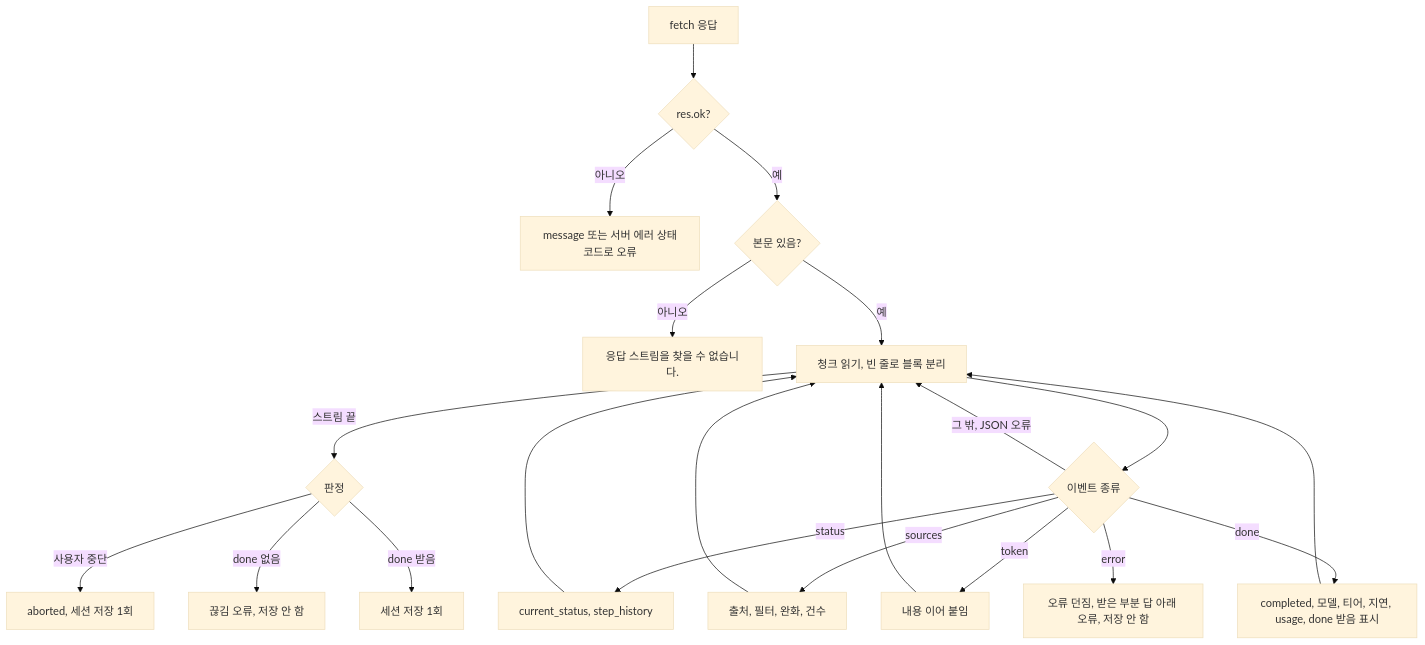
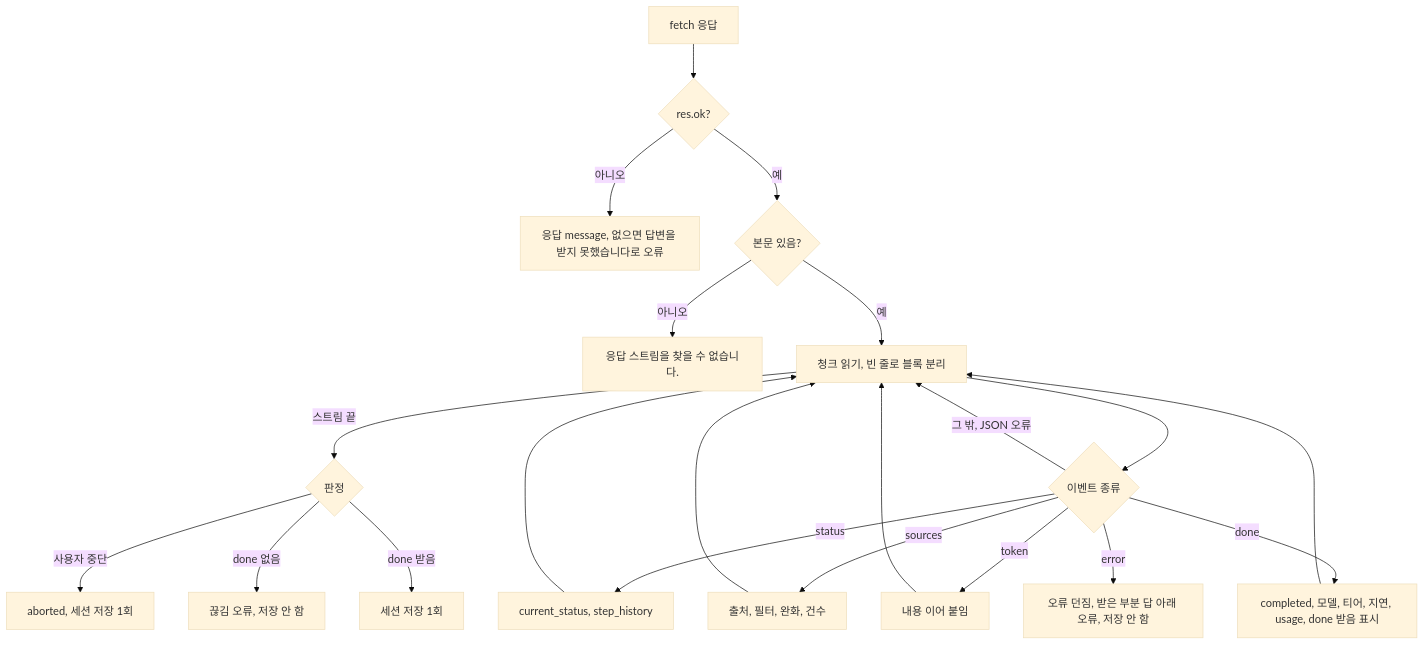
Before and after one commit to ozplayground/agent-lens: the ninth of 27 diagrams in docs/spec-writer/fsd/02_AI_CHAT_SPECIFICATION.md, drawn with Mermaid (base theme). The commit also changed other lines of this file and 216 other files, not shown here.

````diff
--- a/docs/spec-writer/fsd/02_AI_CHAT_SPECIFICATION.md
+++ b/docs/spec-writer/fsd/02_AI_CHAT_SPECIFICATION.md
@@ -725,23 +745,23 @@
 ```mermaid
 flowchart TD
     A["fetch 응답"] --> B{"res.ok?"}
-    B -->|아니오| C["message 또는 서버 에러 상태코드로 오류"]
+    B -->|아니오| C["응답 message, 없으면 답변을 받지 못했습니다로 오류"]
     B -->|예| D{"본문 있음?"}
     D -->|아니오| E["응답 스트림을 찾을 수 없습니다."]
     D -->|예| F["청크 읽기, 빈 줄로 블록 분리"]
     F --> G{"이벤트 종류"}
     G -->|status| H["current_status, step_history"]
     G -->|sources| I["출처, 필터, 완화, 건수"]
     G -->|token| J["내용 이어 붙임"]
     G -->|done| K["completed, 모델, 티어, 지연, usage, done 받음 표시"]
     G -->|error| L["오류 던짐, 받은 부분 답 아래 오류, 저장 안 함"]
     G -->|그 밖, JSON 오류| F
     H --> F
     I --> F
     J --> F
     K --> F
     F -->|스트림 끝| M{"판정"}
     M -->|사용자 중단| N["aborted, 세션 저장 1회"]
     M -->|done 없음| O["끊김 오류, 저장 안 함"]
     M -->|done 받음| P["세션 저장 1회"]
 ```
````
